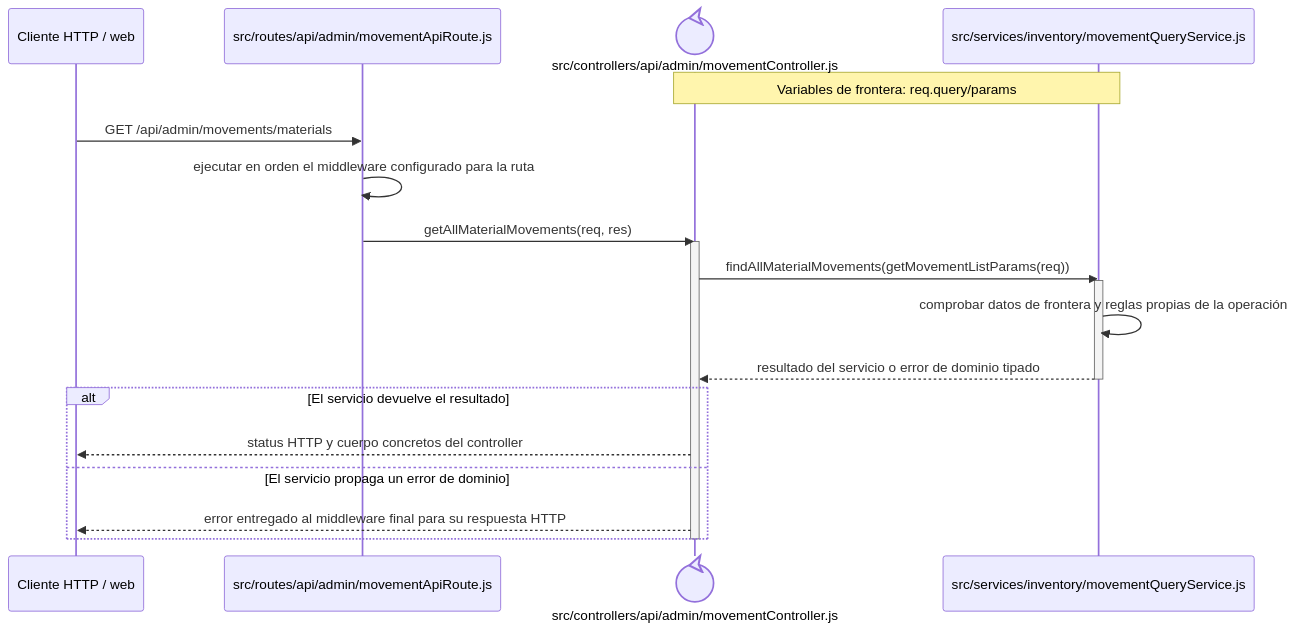
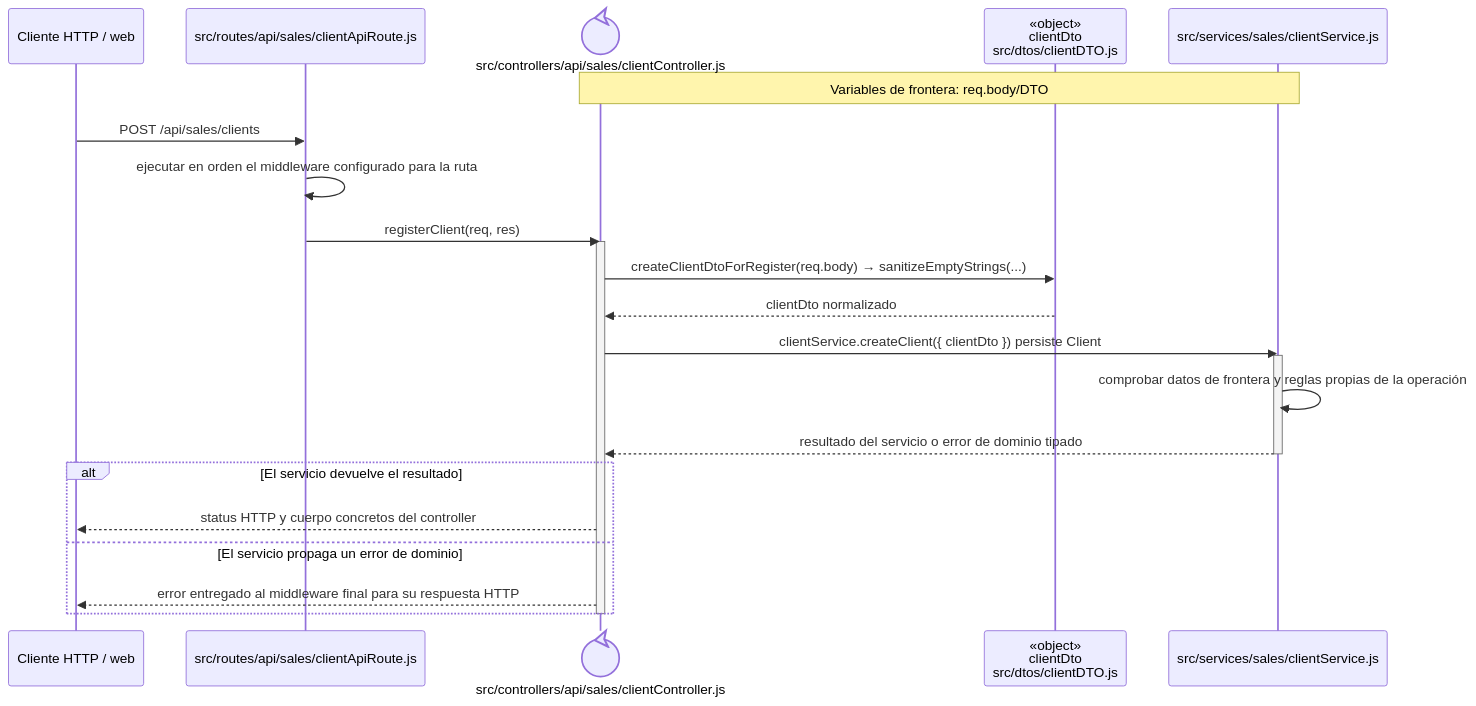
Before and after one commit to gpgsistemas01/nexus: the diagram in docs/architecture/backend-code-sequences/catalogs/cu-cat-07.md, drawn with Mermaid. The commit also changed other lines of this file and 287 other files, not shown here.

````diff
--- a/docs/architecture/backend-code-sequences/catalogs/cu-cat-07.md
+++ b/docs/architecture/backend-code-sequences/catalogs/cu-cat-07.md
@@ -6,24 +6,27 @@
 ```mermaid
 sequenceDiagram
     participant Client as Cliente HTTP / web
-    participant Route as src/routes/api/admin/movementApiRoute.js
-    participant Controller@{ "type": "control" } as src/controllers/api/admin/movementController.js
-    participant Domain as src/services/inventory/movementQueryService.js
-    Note over Controller,Domain: Variables de frontera: req.query/params
+    participant Route as src/routes/api/sales/clientApiRoute.js
+    participant Controller@{ "type": "control" } as src/controllers/api/sales/clientController.js
+    participant ClientDto as «object»<br/>clientDto<br/>src/dtos/clientDTO.js
+    participant Domain as src/services/sales/clientService.js
+    Note over Controller,Domain: Variables de frontera: req.body/DTO
 
-    Client->>Route: GET /api/admin/movements/materials
+    Client->>Route: POST /api/sales/clients
     Route->>Route: ejecutar en orden el middleware configurado para la ruta
-    Route->>Controller: getAllMaterialMovements(req, res)
+    Route->>Controller: registerClient(req, res)
     activate Controller
-    Controller->>Domain: findAllMaterialMovements(getMovementListParams(req))
+    Controller->>ClientDto: createClientDtoForRegister(req.body) → sanitizeEmptyStrings(...)
+    ClientDto-->>Controller: clientDto normalizado
+    Controller->>Domain: clientService.createClient({ clientDto }) persiste Client
     activate Domain
     Domain->>Domain: comprobar datos de frontera y reglas propias de la operación
     Domain-->>Controller: resultado del servicio o error de dominio tipado
     deactivate Domain
     alt El servicio devuelve el resultado
         Controller-->>Client: status HTTP y cuerpo concretos del controller
     else El servicio propaga un error de dominio
         Controller-->>Client: error entregado al middleware final para su respuesta HTTP
     end
     deactivate Controller
 ```
````
